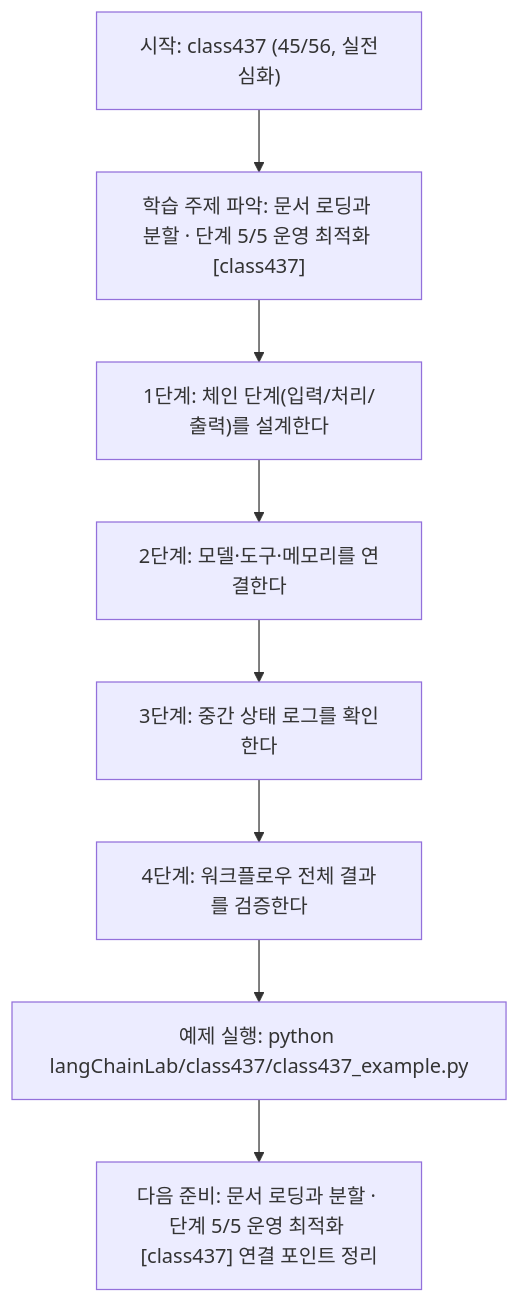
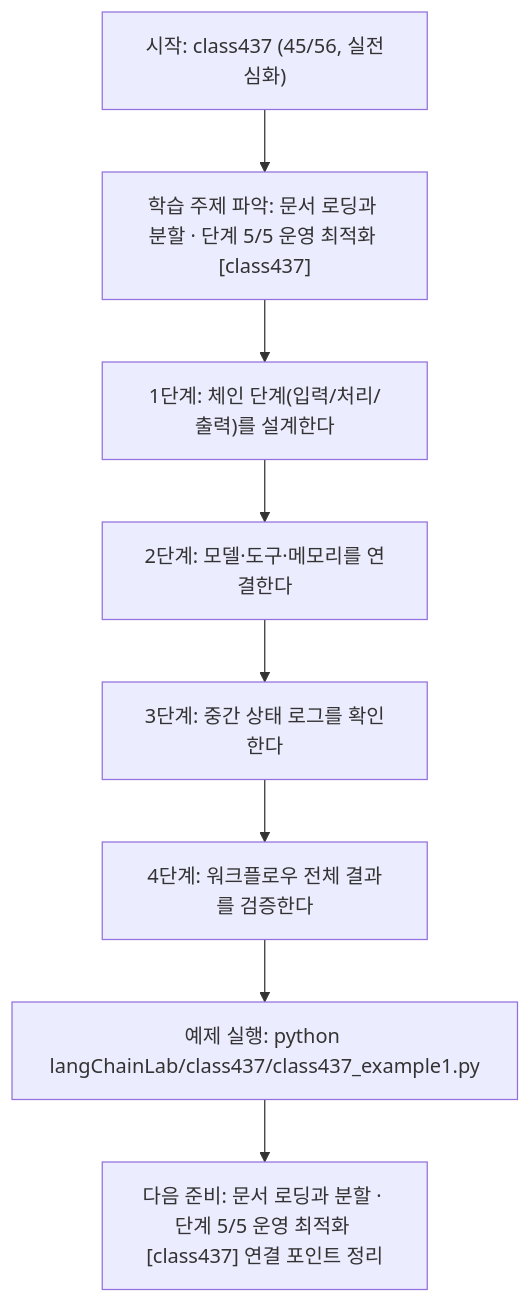
Before and after one commit to edumgt/Python-AI_Agent-Class: the diagram in langChainLab/class437/class437.md, drawn with Mermaid. The commit also changed other lines of this file and 2959 other files, not shown here.

````diff
--- a/langChainLab/class437/class437.md
+++ b/langChainLab/class437/class437.md
@@ -110,18 +110,18 @@
 ```mermaid
 flowchart TD
 N1["시작: class437 (45/56, 실전심화)"]
 N2["학습 주제 파악: 문서 로딩과 분할 · 단계 5/5 운영 최적화 [class437]"]
 N3["1단계: 체인 단계(입력/처리/출력)를 설계한다"]
 N4["2단계: 모델·도구·메모리를 연결한다"]
 N5["3단계: 중간 상태 로그를 확인한다"]
 N6["4단계: 워크플로우 전체 결과를 검증한다"]
-N7["예제 실행: python langChainLab/class437/class437_example.py"]
+N7["예제 실행: python langChainLab/class437/class437_example1.py"]
 N8["다음 준비: 문서 로딩과 분할 · 단계 5/5 운영 최적화 [class437] 연결 포인트 정리"]
 N1 --> N2
 N2 --> N3
 N3 --> N4
 N4 --> N5
 N5 --> N6
 N6 --> N7
 N7 --> N8
 ```
````
